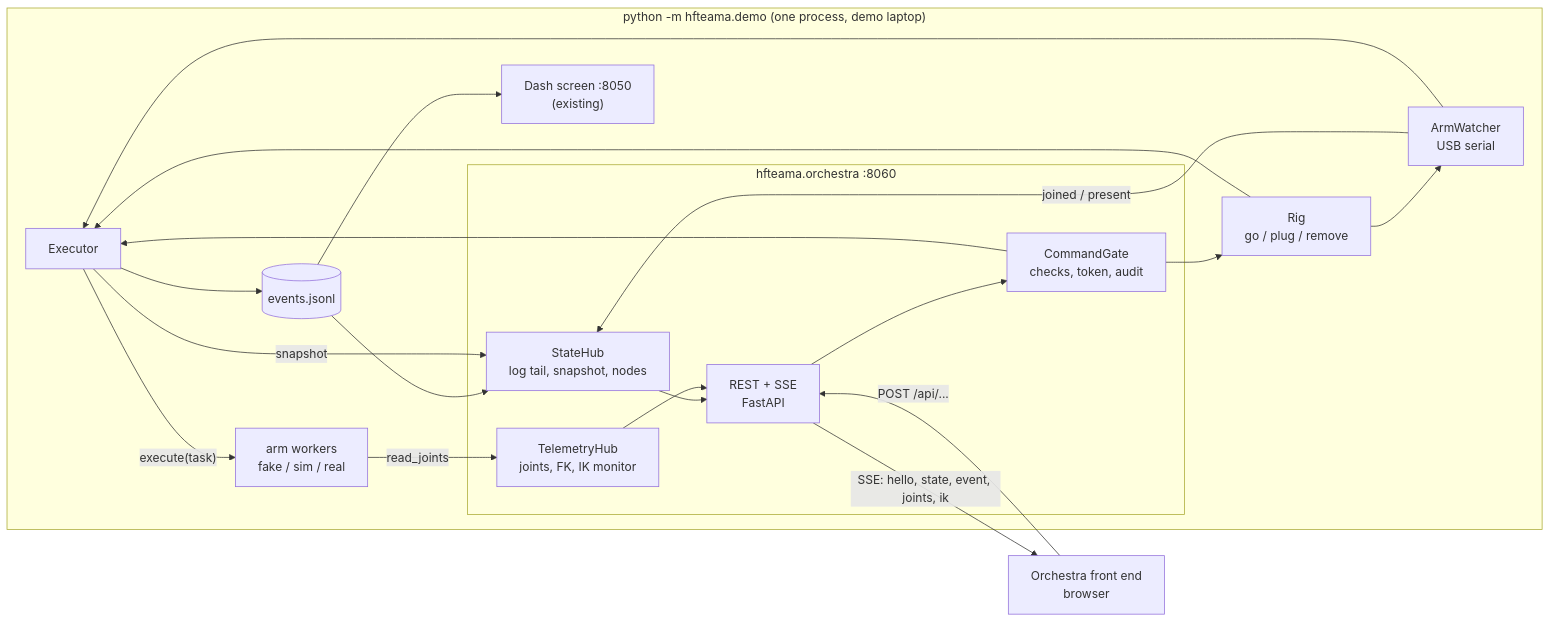
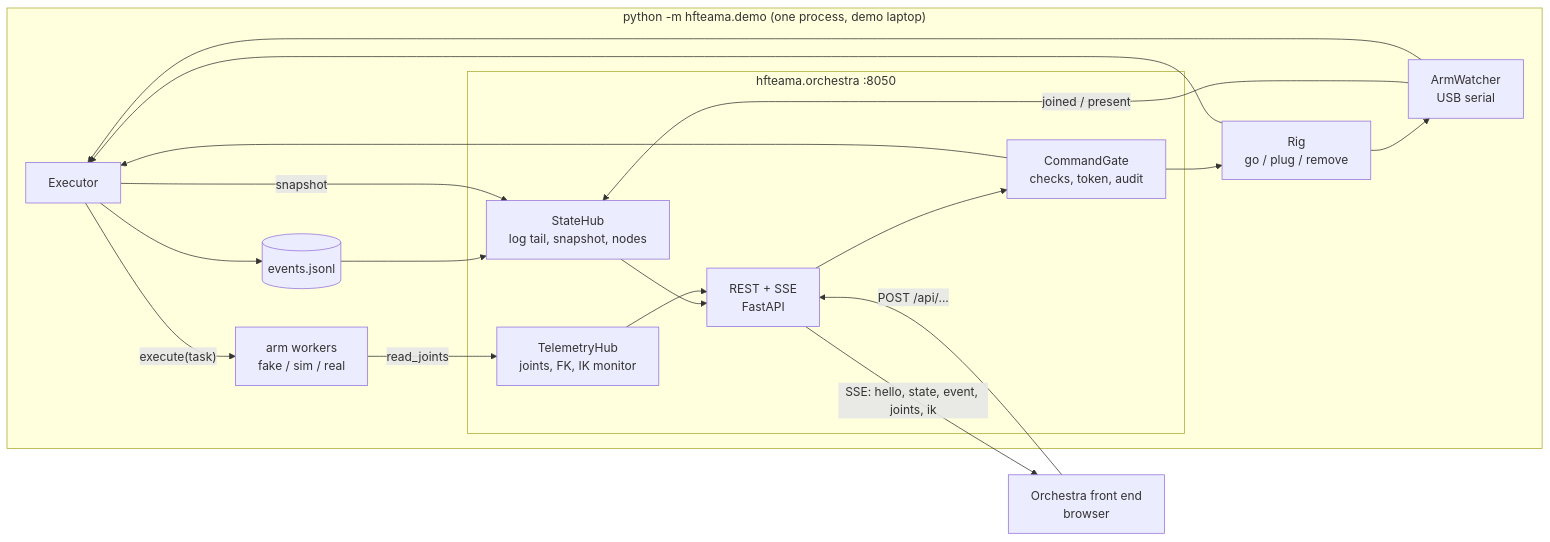
The second of 3 diagrams in docs/ORCHESTRA_DASHBOARD.md (termvato/HFTeamA), drawn with Mermaid before and after one commit. The commit also changed other lines of this file and 31 other files, not shown here.

````diff
--- a/docs/ORCHESTRA_DASHBOARD.md
+++ b/docs/ORCHESTRA_DASHBOARD.md
@@ -98,36 +100,34 @@
 ```mermaid
 flowchart LR
     subgraph P["python -m hfteama.demo  (one process, demo laptop)"]
         EX["Executor"]
         W["ArmWatcher<br/>USB serial"]
         R["Rig<br/>go / plug / remove"]
         WK["arm workers<br/>fake / sim / real"]
         LOG[("events.jsonl")]
-        DASH["Dash screen :8050<br/>(existing)"]
-        subgraph O["hfteama.orchestra  :8060"]
+        subgraph O["hfteama.orchestra  :8050"]
             API["REST + SSE<br/>FastAPI"]
             HUB["StateHub<br/>log tail, snapshot, nodes"]
             TEL["TelemetryHub<br/>joints, FK, IK monitor"]
             CMD["CommandGate<br/>checks, token, audit"]
         end
     end
     UI["Orchestra front end<br/>browser"]
 
     EX --> LOG
     LOG --> HUB
-    LOG --> DASH
     EX -- snapshot --> HUB
     W -- joined / present --> HUB
     WK -- read_joints --> TEL
     HUB --> API
     TEL --> API
     API -- "SSE: hello, state, event, joints, ik" --> UI
     UI -- "POST /api/..." --> API
     API --> CMD
     CMD --> R
     CMD --> EX
     R --> W
     R --> EX
     W --> EX
     EX -- "execute(task)" --> WK
 ```
````
